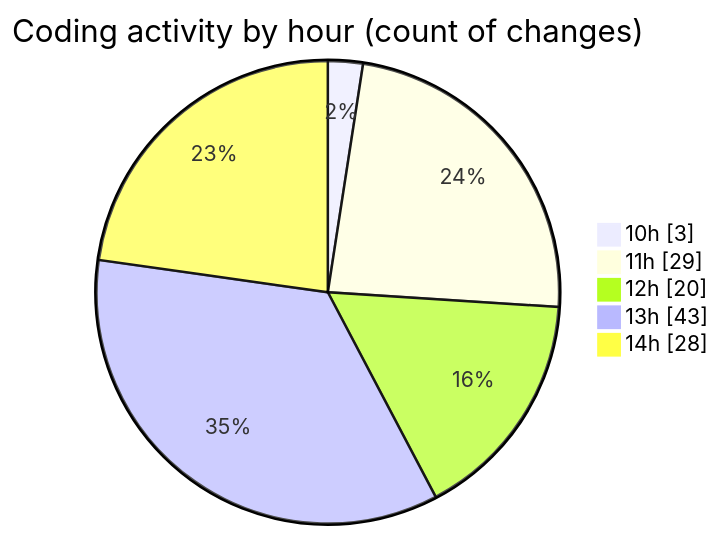
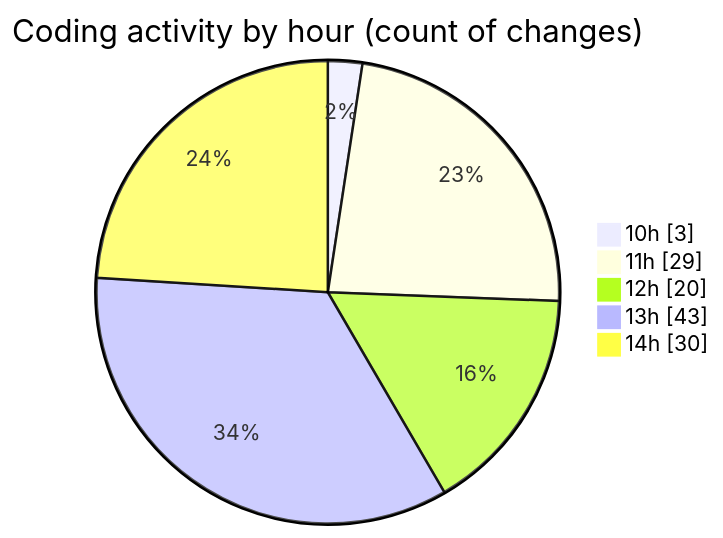
One commit to EIIisD/code-tracking changed the second of 2 diagrams in 2025-08-14/ribbon/README.md. Above: the diagram before and after it, drawn with Mermaid. The commit also changed other lines of this file and 1 other file, not shown here.

````diff
--- a/2025-08-14/ribbon/README.md
+++ b/2025-08-14/ribbon/README.md
@@ -40,9 +40,9 @@
 ```mermaid
 pie showData
 title Coding activity by hour (count of changes)
 "10h" : 3
 "11h" : 29
 "12h" : 20
 "13h" : 43
-"14h" : 28
+"14h" : 30
 ```
````
